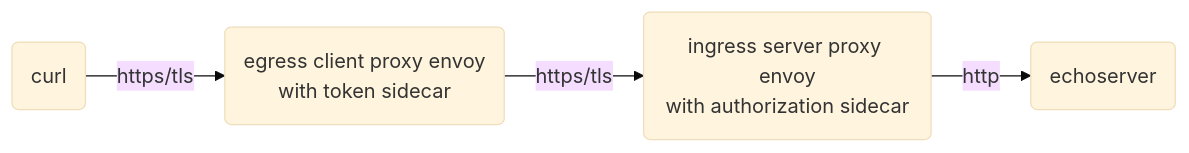
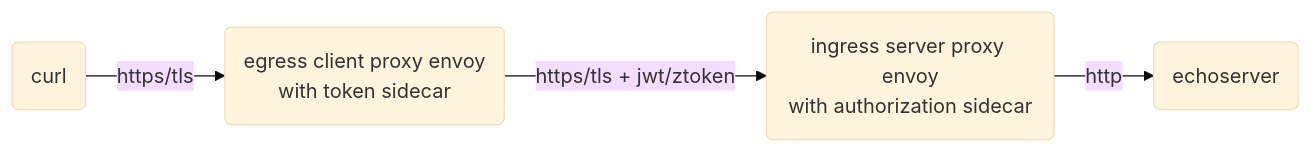
One commit to ctyano/athenz-distribution changed the second of 15 diagrams in docs/ENVOY.md. Above: the diagram before and after it, drawn with Mermaid (base theme). The commit also changed other lines of this file, not shown here.

````diff
--- a/docs/ENVOY.md
+++ b/docs/ENVOY.md
@@ -36,4 +36,4 @@
 ```mermaid
 flowchart LR
-A(curl) -->|https/tls| B(egress client proxy envoy\nwith token sidecar) -->|https/tls| C(ingress server proxy envoy\nwith authorization sidecar) -->|http| D(echoserver)
+A(curl) -->|https/tls| B(egress client proxy envoy\nwith token sidecar) -->|https/tls + jwt/ztoken| C(ingress server proxy envoy\nwith authorization sidecar) -->|http| D(echoserver)
 ```
````
